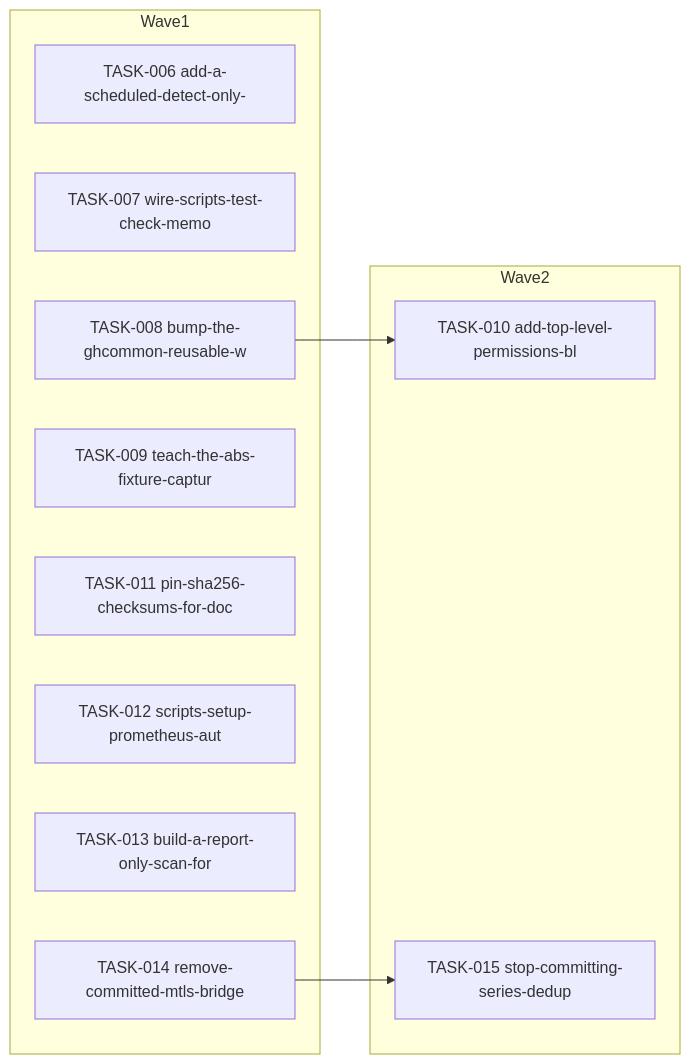
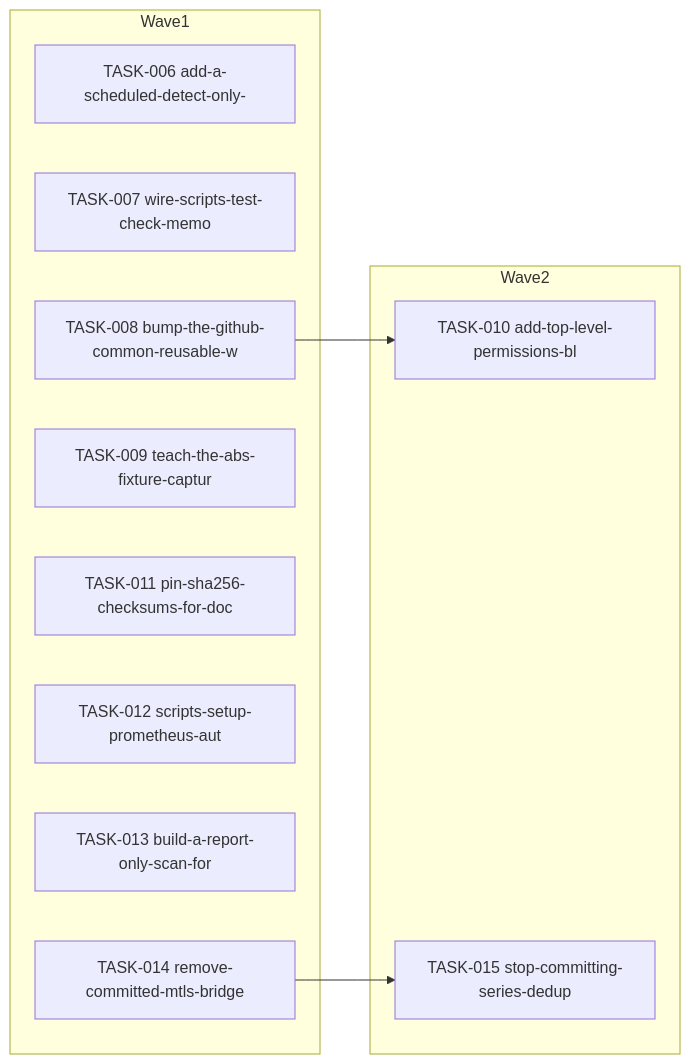
Before and after one commit to falkcorp/audiobook-organizer: the diagram in docs/agent-tasks/todo-completion/ci-tooling/orchestration.md, drawn with Mermaid. The commit also changed 16 other files, not shown here.

First line of the commit message:
docs(plan): rename ghcommon references to github-common

````diff
--- a/docs/agent-tasks/todo-completion/ci-tooling/orchestration.md
+++ b/docs/agent-tasks/todo-completion/ci-tooling/orchestration.md
@@ -12,19 +12,19 @@
 ```mermaid
 flowchart LR
     subgraph Wave1
       TASK006[TASK-006 add-a-scheduled-detect-only-]
       TASK007[TASK-007 wire-scripts-test-check-memo]
-      TASK008[TASK-008 bump-the-ghcommon-reusable-w]
+      TASK008[TASK-008 bump-the-github-common-reusable-w]
       TASK009[TASK-009 teach-the-abs-fixture-captur]
       TASK011[TASK-011 pin-sha256-checksums-for-doc]
       TASK012[TASK-012 scripts-setup-prometheus-aut]
       TASK013[TASK-013 build-a-report-only-scan-for]
       TASK014[TASK-014 remove-committed-mtls-bridge]
     end
     subgraph Wave2
       TASK010[TASK-010 add-top-level-permissions-bl]
       TASK015[TASK-015 stop-committing-series-dedup]
     end
     TASK008 --> TASK010
     TASK014 --> TASK015
 ```
````
